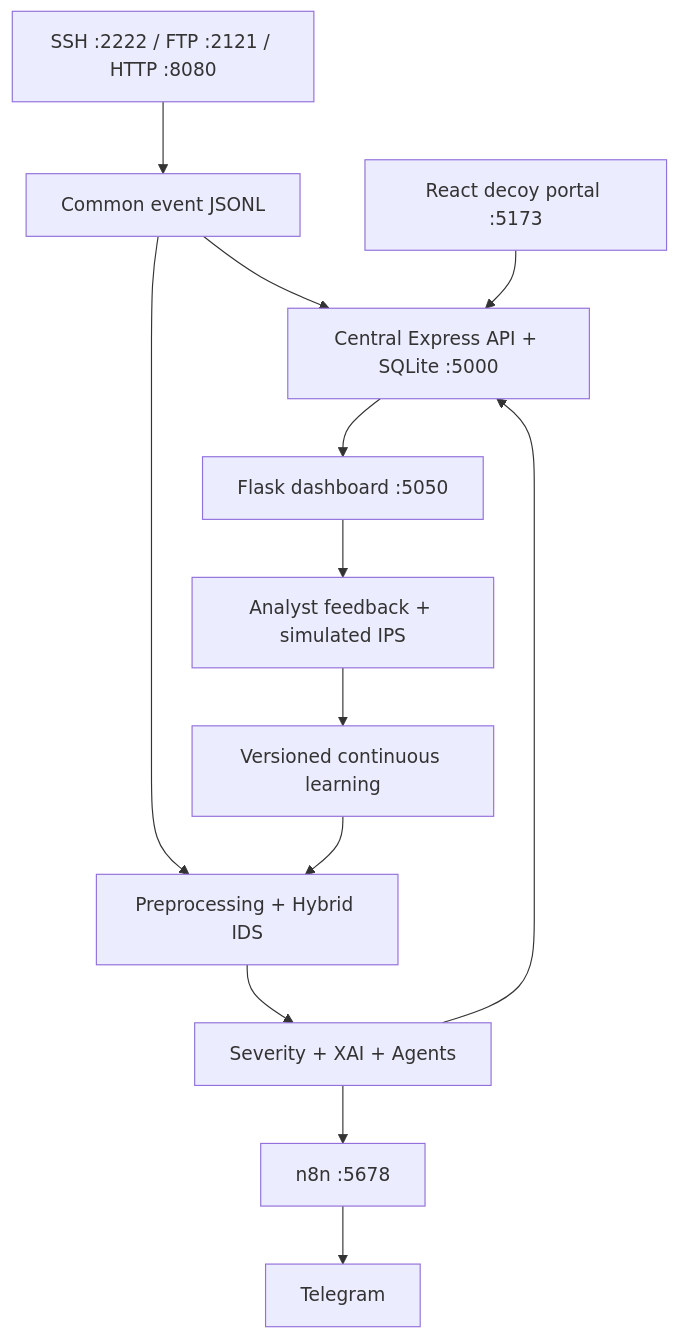
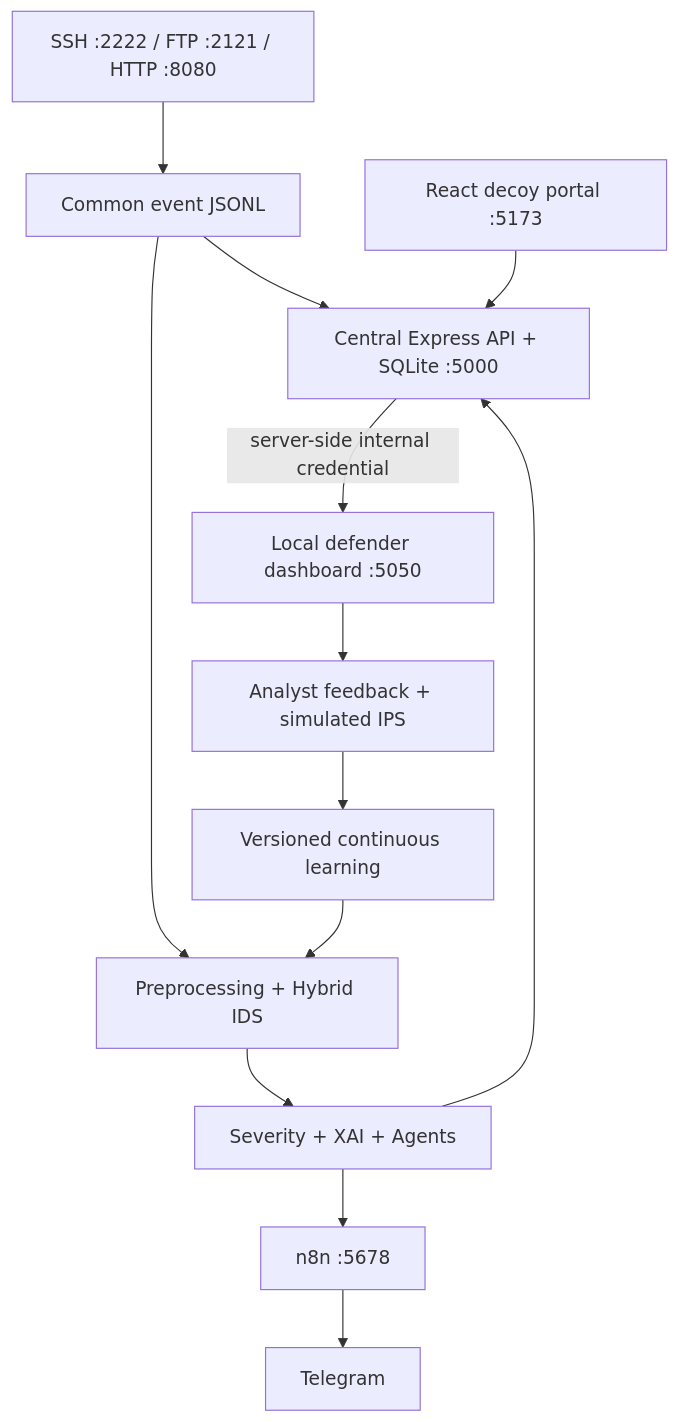
Before and after one commit to GAUM-G/CyberXAI: the diagram in README.md, drawn with Mermaid. The commit also changed other lines of this file and 20 other files, not shown here.

Commit message:
feat: separate defender dashboard and simulate attack results

````diff
--- a/README.md
+++ b/README.md
@@ -26,15 +26,15 @@
 ```mermaid
 flowchart TD
     A["SSH :2222 / FTP :2121 / HTTP :8080"] --> B["Common event JSONL"]
     B --> C["Central Express API + SQLite :5000"]
     B --> D["Preprocessing + Hybrid IDS"]
     D --> E["Severity + XAI + Agents"]
     E --> C
-    C --> F["Flask dashboard :5050"]
+    C -->|"server-side internal credential"| F["Local defender dashboard :5050"]
     G["React decoy portal :5173"] --> C
     E --> H["n8n :5678"]
     H --> I["Telegram"]
     F --> J["Analyst feedback + simulated IPS"]
     J --> K["Versioned continuous learning"]
     K --> D
 ```
````
